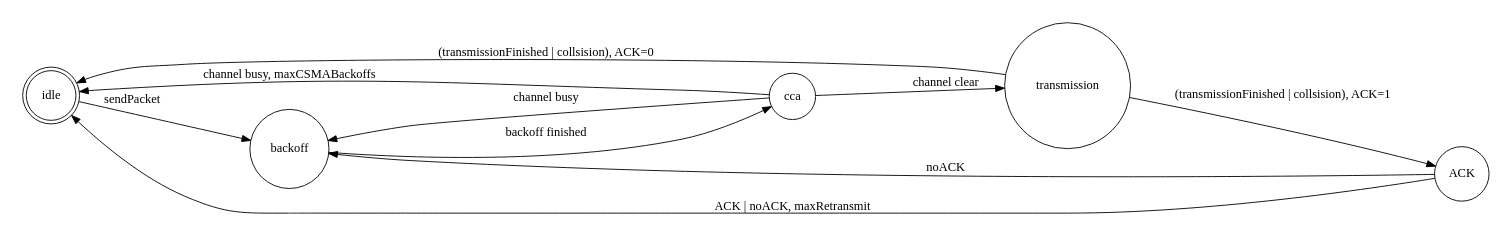
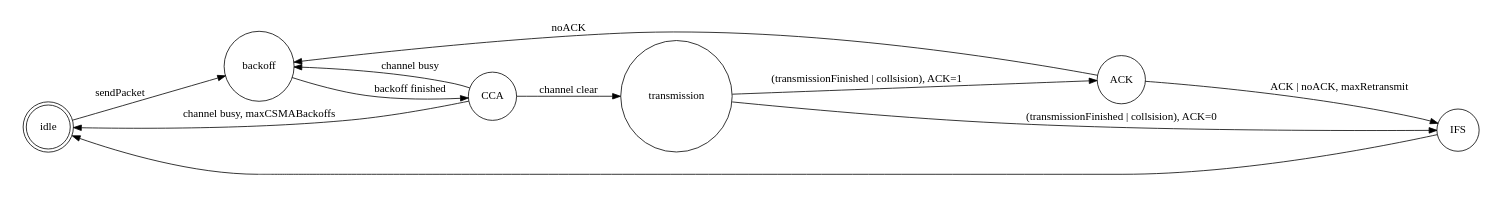
The diagram in Interference/doc/NodeFiniteState.gv (malte-christian/IEEE-802.15.4-Model), drawn with Graphviz before and after one commit. The commit also changed 1 other file, not shown here.

Commit message:
separated ifs

```diff
--- a/Interference/doc/NodeFiniteState.gv
+++ b/Interference/doc/NodeFiniteState.gv
@@ -1,15 +1,16 @@
 digraph node_finite_state_machine {
 	rankdir=LR;
 	size="8,5"
 	node [shape = doublecircle]; idle;
 	node [shape = circle];
 	idle -> backoff [ label = "sendPacket" ];
-	backoff -> cca [ label = "backoff finished" ];
-	cca -> idle [ label = "channel busy, maxCSMABackoffs" ];
-	cca -> backoff [ label = "channel busy" ];
-	cca -> transmission [ label = "channel clear" ];
-	transmission -> idle [ label = "(transmissionFinished | collsision), ACK=0" ];
+	backoff -> CCA [ label = "backoff finished" ];
+	CCA -> idle [ label = "channel busy, maxCSMABackoffs" ];
+	CCA -> backoff [ label = "channel busy" ];
+	CCA -> transmission [ label = "channel clear" ];
+	transmission -> IFS [ label = "(transmissionFinished | collsision), ACK=0" ];
 	transmission -> ACK [ label = "(transmissionFinished | collsision), ACK=1" ];
 	ACK -> backoff [ label = "noACK" ];
-	ACK -> idle [ label = "ACK | noACK, maxRetransmit" ];
+	ACK -> IFS [ label = "ACK | noACK, maxRetransmit" ];
+	IFS -> idle [ label = "" ];
 }
```
